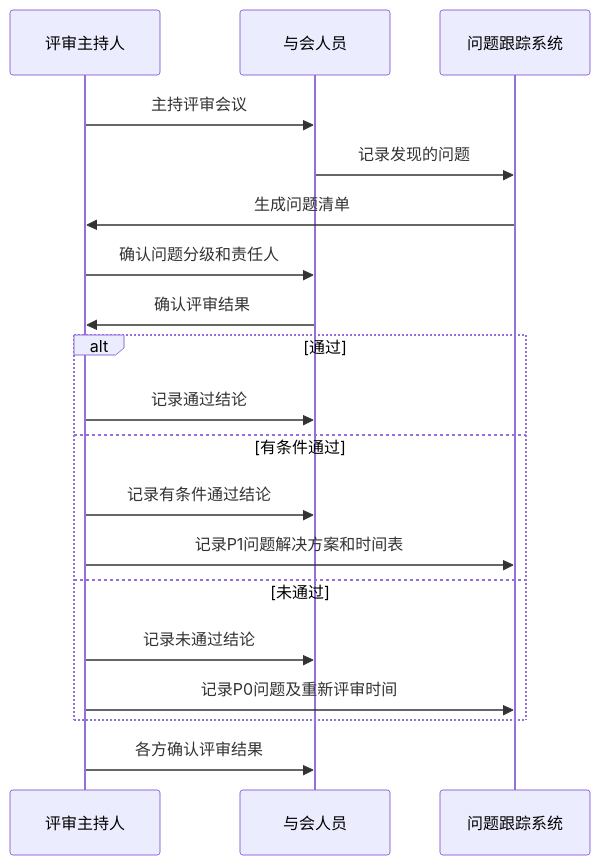
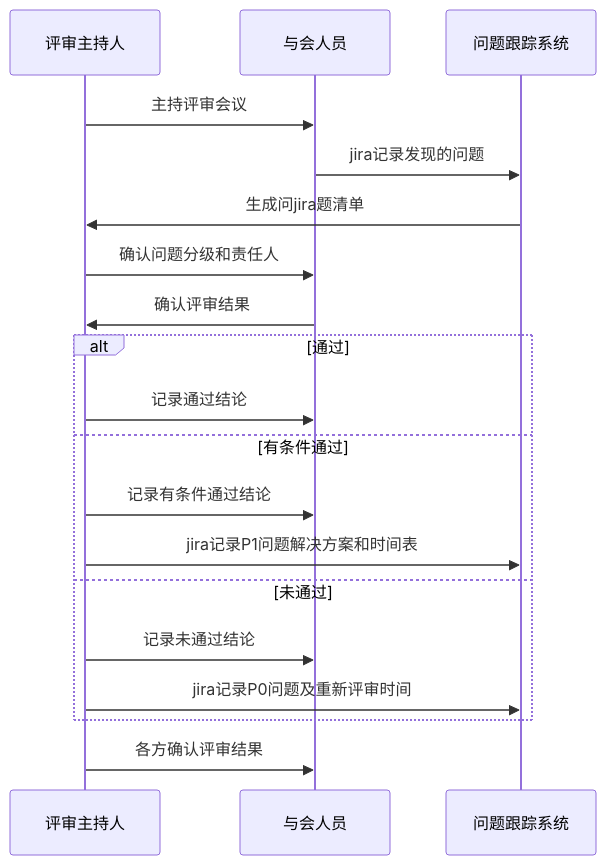
Before and after one commit to Taskon-xyz/PR: diagram 12 of 12 in 开发流程图.md, drawn with Mermaid. The commit also changed other lines of this file and 1 other file, not shown here.

````diff
--- a/开发流程图.md
+++ b/开发流程图.md
@@ -195,24 +278,24 @@
 ```mermaid
 sequenceDiagram
     participant A as 评审主持人
     participant B as 与会人员
     participant C as 问题跟踪系统
-    
+  
     A->>B: 主持评审会议
-    B->>C: 记录发现的问题
-    C->>A: 生成问题清单
+    B->>C: jira记录发现的问题
+    C->>A: 生成问jira题清单
     A->>B: 确认问题分级和责任人
     B->>A: 确认评审结果
-    
+  
     alt 通过
         A->>B: 记录通过结论
     else 有条件通过
         A->>B: 记录有条件通过结论
-        A->>C: 记录P1问题解决方案和时间表
+        A->>C: jira记录P1问题解决方案和时间表
     else 未通过
         A->>B: 记录未通过结论
-        A->>C: 记录P0问题及重新评审时间
+        A->>C: jira记录P0问题及重新评审时间
     end
-    
+  
     A->>B: 各方确认评审结果
 ```
````
